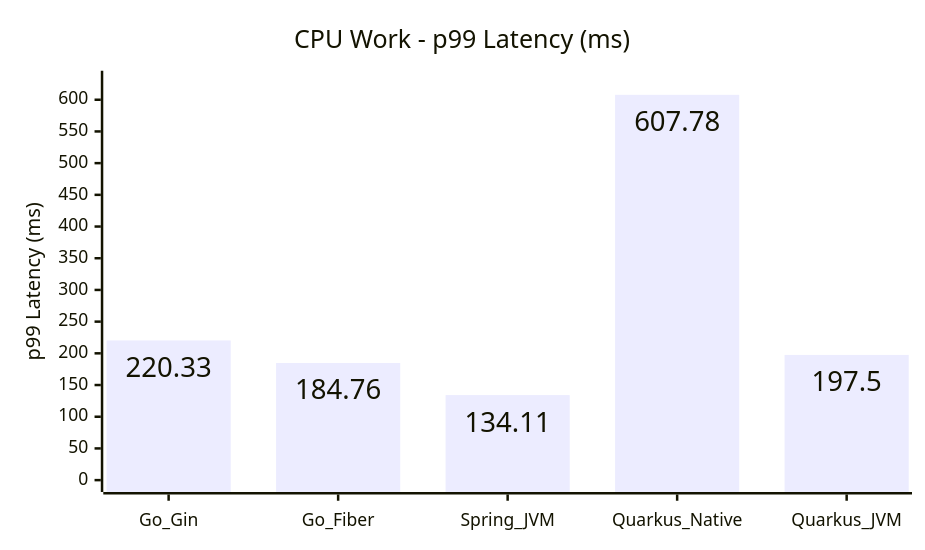
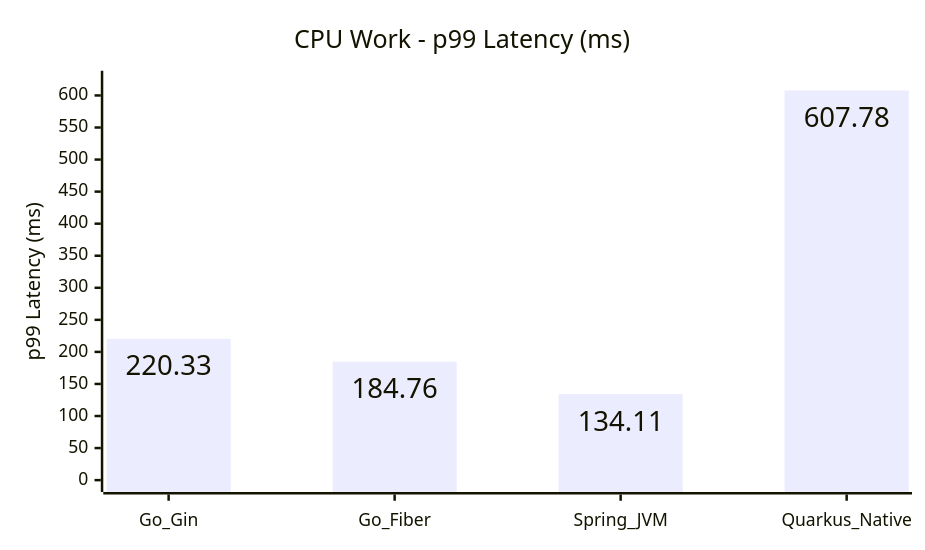
Diagram 11 of 15 in COMPARISON_REPORT.md (hiiamtin/go-vs-java), drawn with Mermaid before and after one commit. The commit also changed other lines of this file and 90 other files, not shown here.

Commit message:
Remove Quarkus JVM variant and refresh benchmark results

````diff
--- a/COMPARISON_REPORT.md
+++ b/COMPARISON_REPORT.md
@@ -202,14 +206,14 @@
 ```mermaid
 ---
 config:
   xyChart:
     width: 720
     height: 420
     showDataLabel: true
 ---
 xychart
     title "CPU Work - p99 Latency (ms)"
-    x-axis [Go_Gin, Go_Fiber, Spring_JVM, Quarkus_Native, Quarkus_JVM]
-    y-axis "p99 Latency (ms)" 0 --> 627
-    bar [220.33, 184.76, 134.11, 607.78, 197.5]
+    x-axis [Go_Gin, Go_Fiber, Spring_JVM, Quarkus_Native]
+    y-axis "p99 Latency (ms)" 0 --> 620
+    bar [220.33, 184.76, 134.11, 607.78]
 ```
````
